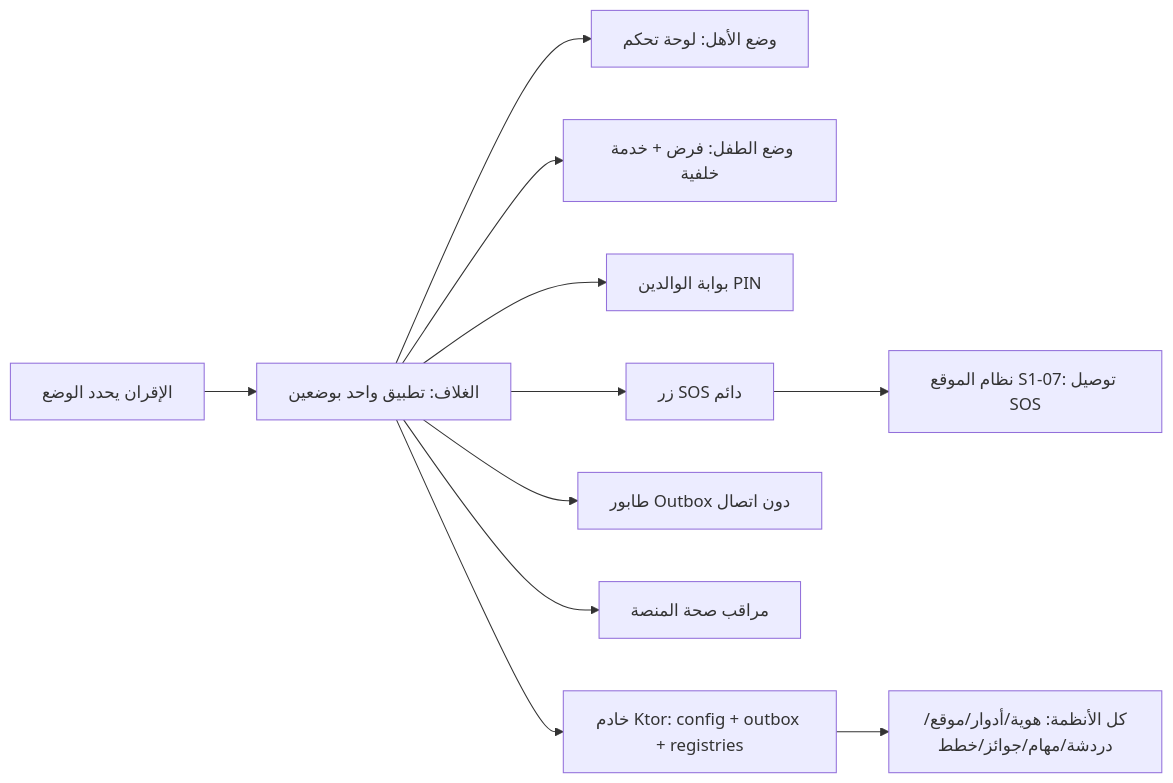
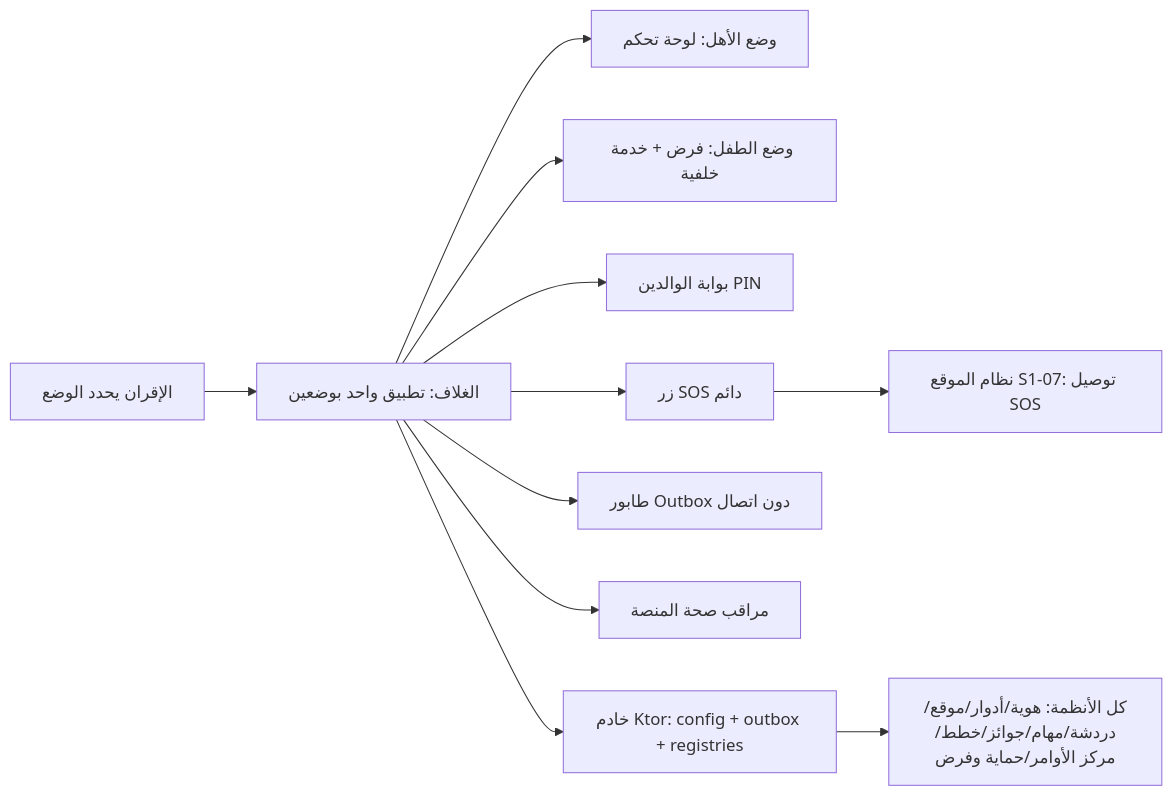
Before and after one commit to Bassam-mohammed-alqaeadi/family-os-v2: the first of 2 diagrams in docs/family-os/governance/phases/phase-1/S1-01-app-shell-and-platform/SPEC.md, drawn with Mermaid. The commit also changed other lines of this file and 34 other files, not shown here.

````diff
--- a/docs/family-os/governance/phases/phase-1/S1-01-app-shell-and-platform/SPEC.md
+++ b/docs/family-os/governance/phases/phase-1/S1-01-app-shell-and-platform/SPEC.md
@@ -14,13 +14,13 @@
 ```mermaid
 flowchart LR
     Pair[الإقران يحدد الوضع] --> Shell[الغلاف: تطبيق واحد بوضعين]
     Shell --> Parent[وضع الأهل: لوحة تحكم]
     Shell --> Child[وضع الطفل: فرض + خدمة خلفية]
     Shell --> Gate[بوابة الوالدين PIN]
     Shell --> SOS[زر SOS دائم]
     Shell --> Outbox[طابور Outbox دون اتصال]
     Shell --> Health[مراقب صحة المنصة]
     Shell --> Server[خادم Ktor: config + outbox + registries]
-    Server --> Systems[كل الأنظمة: هوية/أدوار/موقع/دردشة/مهام/جوائز/خطط]
+    Server --> Systems[كل الأنظمة: هوية/أدوار/موقع/دردشة/مهام/جوائز/خطط/مركز الأوامر/حماية وفرض]
     SOS --> S107[نظام الموقع S1-07: توصيل SOS]
 ```
````
